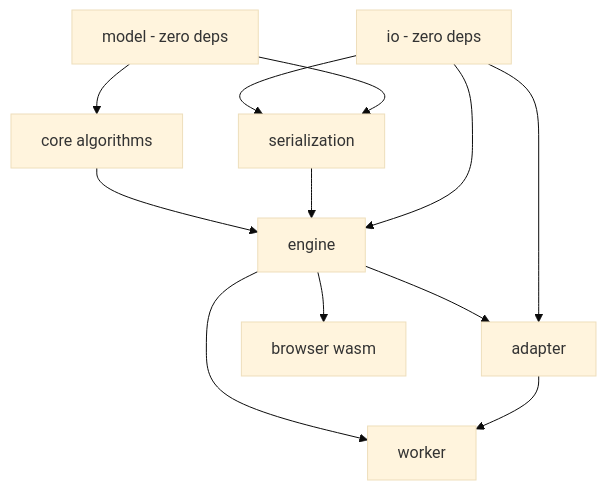
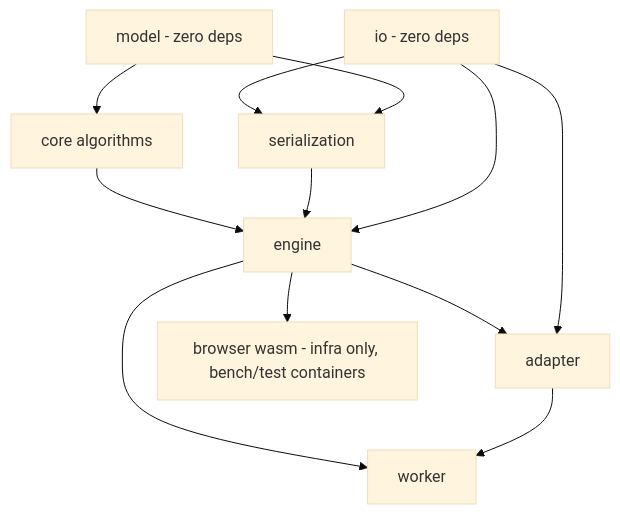
The third of 3 diagrams in specs/rework/DESIGN.md (Akshay2642005/fingerprint-engine), drawn with Mermaid (base theme) before and after one commit. The commit also changed other lines of this file and 2 other files, not shown here.

First line of the commit message:
docs(specs): revise browser and fraud boundary

````diff
--- a/specs/rework/DESIGN.md
+++ b/specs/rework/DESIGN.md
@@ -408,14 +451,14 @@
 ```mermaid
 flowchart TD
     MODEL[model - zero deps] --> CORE[core algorithms]
     IO[io - zero deps] --> SER[serialization]
     MODEL --> SER
     CORE --> ENG[engine]
     SER --> ENG
     IO --> ENG
     ENG --> AD[adapter]
     IO --> AD
-    ENG --> BRO[browser wasm]
+    ENG --> BRO[browser wasm - infra only, bench/test containers]
     ENG --> WK[worker]
     AD --> WK
 ```
````
